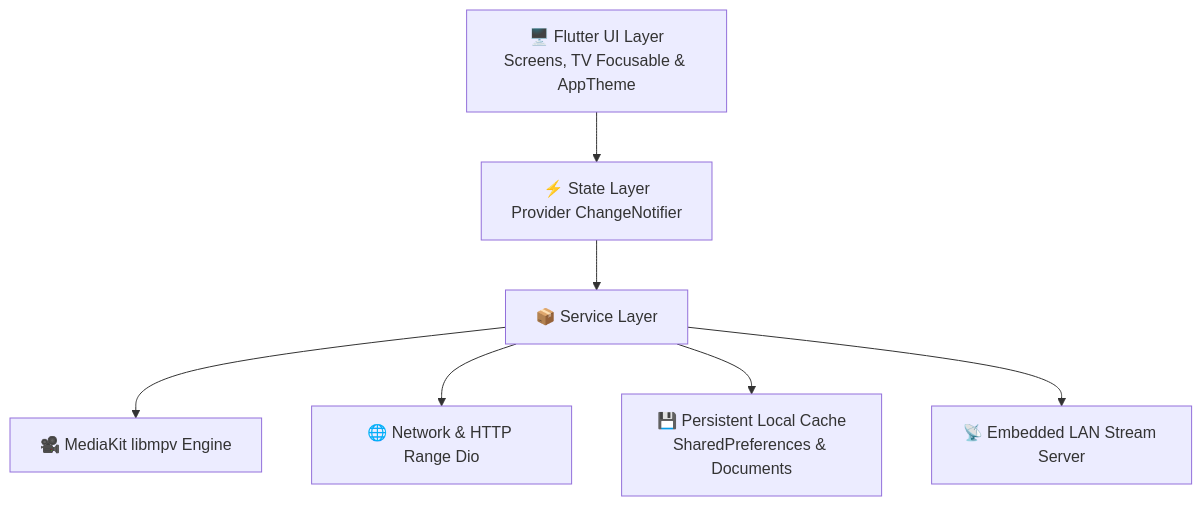
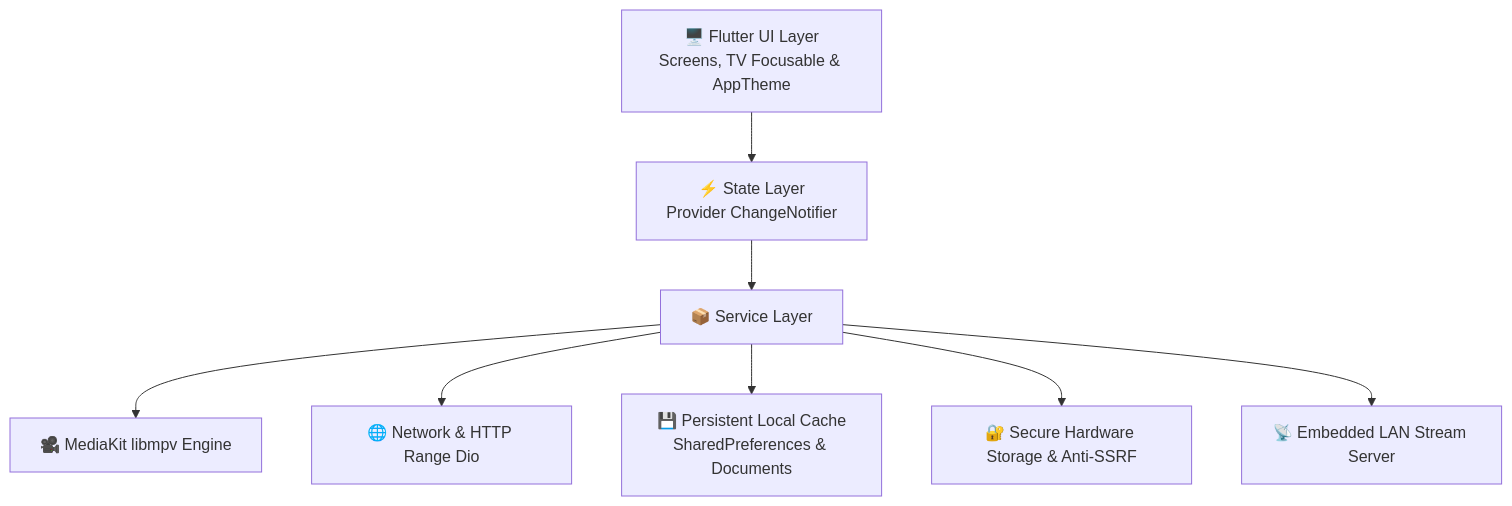
One commit to arnovo/iptvplay changed the diagram in README.md. Above: the diagram before and after it, drawn with Mermaid. The commit also changed other lines of this file and 48 other files, not shown here.

````diff
--- a/README.md
+++ b/README.md
@@ -50,9 +58,10 @@
 ```mermaid
 graph TD
     UI[🖥️ Flutter UI Layer<br/>Screens, TV Focusable & AppTheme] --> State[⚡ State Layer<br/>Provider ChangeNotifier]
     State --> Core[📦 Service Layer]
     Core --> MK[🎥 MediaKit libmpv Engine]
     Core --> Net[🌐 Network & HTTP Range Dio]
     Core --> Cache[💾 Persistent Local Cache<br/>SharedPreferences & Documents]
+    Core --> Sec[🔐 Secure Hardware Storage & Anti-SSRF]
     Core --> LAN[📡 Embedded LAN Stream Server]
 ```
````
